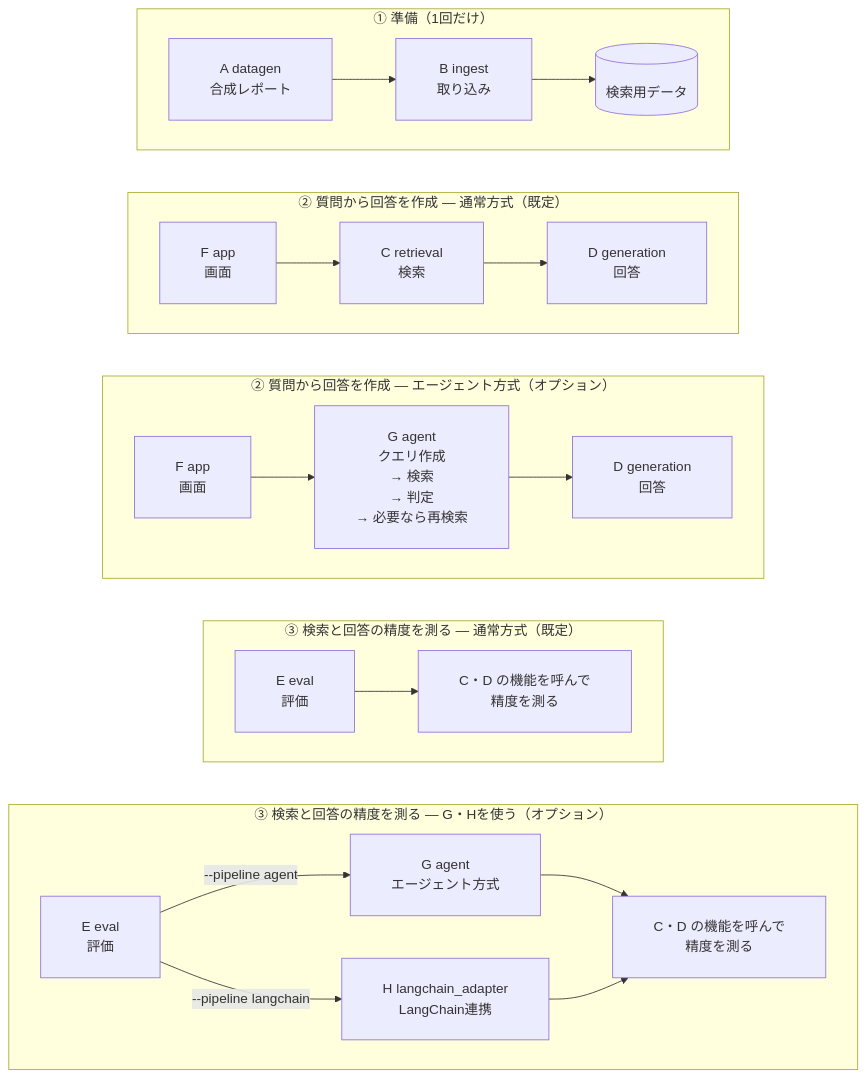
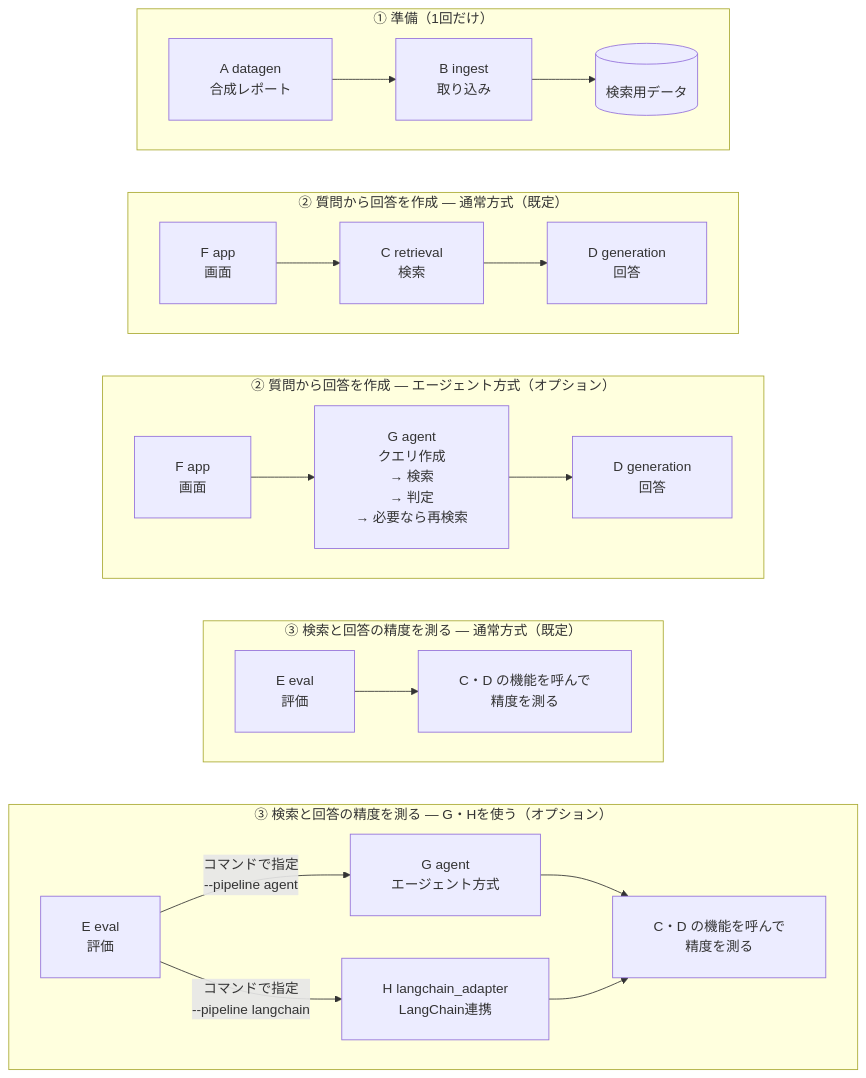
One commit to satoshi-abe-dev/silo-rag changed the first of 3 diagrams in README_ja.md. Above: the diagram before and after it, drawn with Mermaid. The commit also changed other lines of this file and 1 other file, not shown here.

````diff
--- a/README_ja.md
+++ b/README_ja.md
@@ -136,29 +136,29 @@
 ```mermaid
 %%{init: {"flowchart": {"padding": 24, "wrappingWidth": 400}}}%%
 graph TB
     subgraph prep["① 準備（1回だけ）"]
         direction LR
         A["A datagen<br/>合成レポート"] --> B["B ingest<br/>取り込み"] --> DB[("検索用データ")]
     end
     subgraph plain["② 質問から回答を作成 ― 通常方式（既定）"]
         direction LR
         F1["F app<br/>画面"] --> C1["C retrieval<br/>検索"] --> D1["D generation<br/>回答"]
     end
     subgraph agent["② 質問から回答を作成 ― エージェント方式（オプション）"]
         direction LR
         F2["F app<br/>画面"] --> G["G agent<br/>クエリ作成<br/>→ 検索<br/>→ 判定<br/>→ 必要なら再検索"] --> D2["D generation<br/>回答"]
     end
     subgraph ev["③ 検索と回答の精度を測る ― 通常方式（既定）"]
         direction LR
         E1["E eval<br/>評価"] --> CD1["C・D の機能を呼んで<br/>精度を測る"]
     end
     subgraph ev2["③ 検索と回答の精度を測る ― G・Hを使う（オプション）"]
         direction LR
-        E2["E eval<br/>評価"] -->|"--pipeline agent"| G2["G agent<br/>エージェント方式"] --> CD2["C・D の機能を呼んで<br/>精度を測る"]
-        E2 -->|"--pipeline langchain"| H["H langchain_adapter<br/>LangChain連携"] --> CD2
+        E2["E eval<br/>評価"] -->|"コマンドで指定<br/>--pipeline agent"| G2["G agent<br/>エージェント方式"] --> CD2["C・D の機能を呼んで<br/>精度を測る"]
+        E2 -->|"コマンドで指定<br/>--pipeline langchain"| H["H langchain_adapter<br/>LangChain連携"] --> CD2
     end
     prep ~~~ plain
     plain ~~~ agent
     agent ~~~ ev
     ev ~~~ ev2
 ```
````
